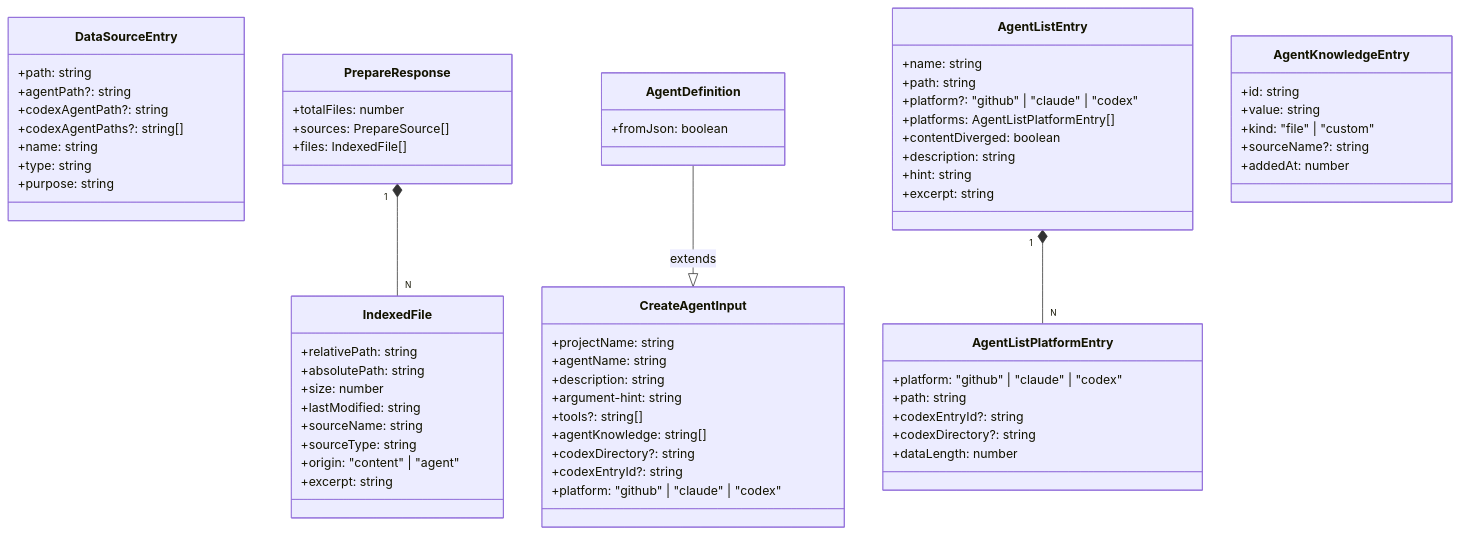
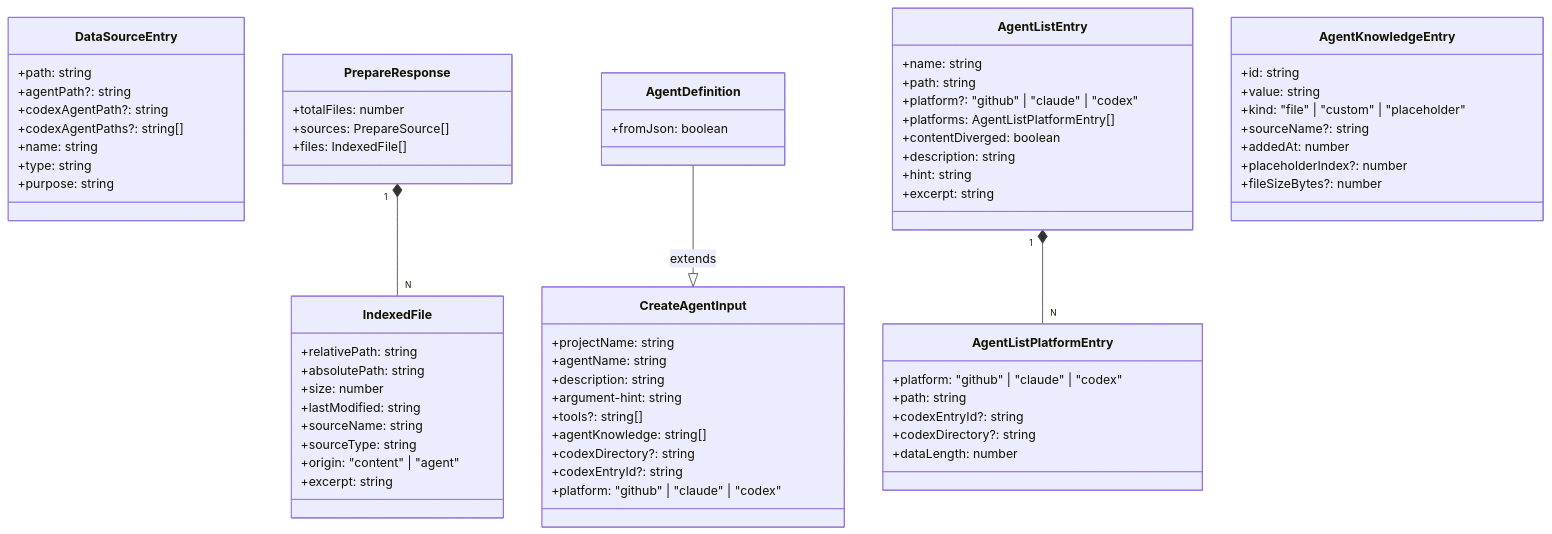
The fourth of 11 diagrams in visualizer/zz-reach2/architecture/agents/archi-agent-builder-ui.md (Kyliathy/context-core), drawn with Mermaid before and after one commit. The commit also changed other lines of this file and 14 other files, not shown here.

````diff
--- a/visualizer/zz-reach2/architecture/agents/archi-agent-builder-ui.md
+++ b/visualizer/zz-reach2/architecture/agents/archi-agent-builder-ui.md
@@ -192,77 +192,79 @@
 ```mermaid
 classDiagram
     class DataSourceEntry {
         +path: string
         +agentPath?: string
         +codexAgentPath?: string
         +codexAgentPaths?: string[]
         +name: string
         +type: string
         +purpose: string
     }
 
     class IndexedFile {
         +relativePath: string
         +absolutePath: string
         +size: number
         +lastModified: string
         +sourceName: string
         +sourceType: string
         +origin: "content" | "agent"
         +excerpt: string
     }
 
     class PrepareResponse {
         +totalFiles: number
         +sources: PrepareSource[]
         +files: IndexedFile[]
     }
 
     class CreateAgentInput {
         +projectName: string
         +agentName: string
         +description: string
         +argument-hint: string
         +tools?: string[]
         +agentKnowledge: string[]
         +codexDirectory?: string
         +codexEntryId?: string
         +platform: "github" | "claude" | "codex"
     }
 
     class AgentDefinition {
         +fromJson: boolean
     }
 
     class AgentListPlatformEntry {
         +platform: "github" | "claude" | "codex"
         +path: string
         +codexEntryId?: string
         +codexDirectory?: string
         +dataLength: number
     }
 
     class AgentListEntry {
         +name: string
         +path: string
         +platform?: "github" | "claude" | "codex"
         +platforms: AgentListPlatformEntry[]
         +contentDiverged: boolean
         +description: string
         +hint: string
         +excerpt: string
     }
 
     AgentListEntry "1" *-- "N" AgentListPlatformEntry
 
     class AgentKnowledgeEntry {
         +id: string
         +value: string
-        +kind: "file" | "custom"
+        +kind: "file" | "custom" | "placeholder"
         +sourceName?: string
         +addedAt: number
+        +placeholderIndex?: number
+        +fileSizeBytes?: number
     }
 
     AgentDefinition --|> CreateAgentInput : extends
     PrepareResponse "1" *-- "N" IndexedFile
 ```
````
